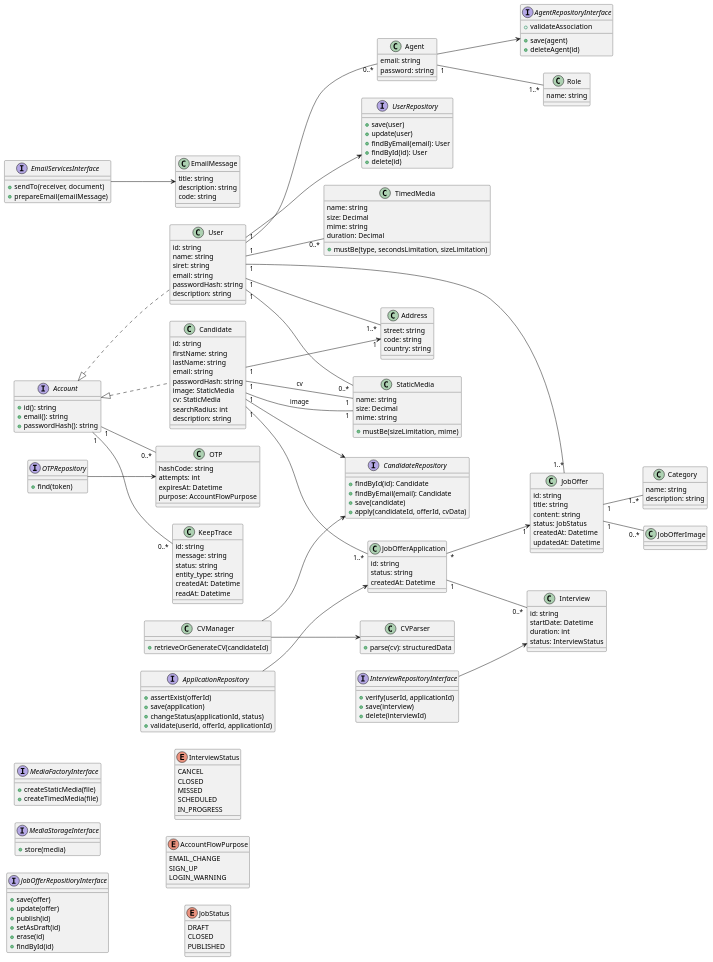
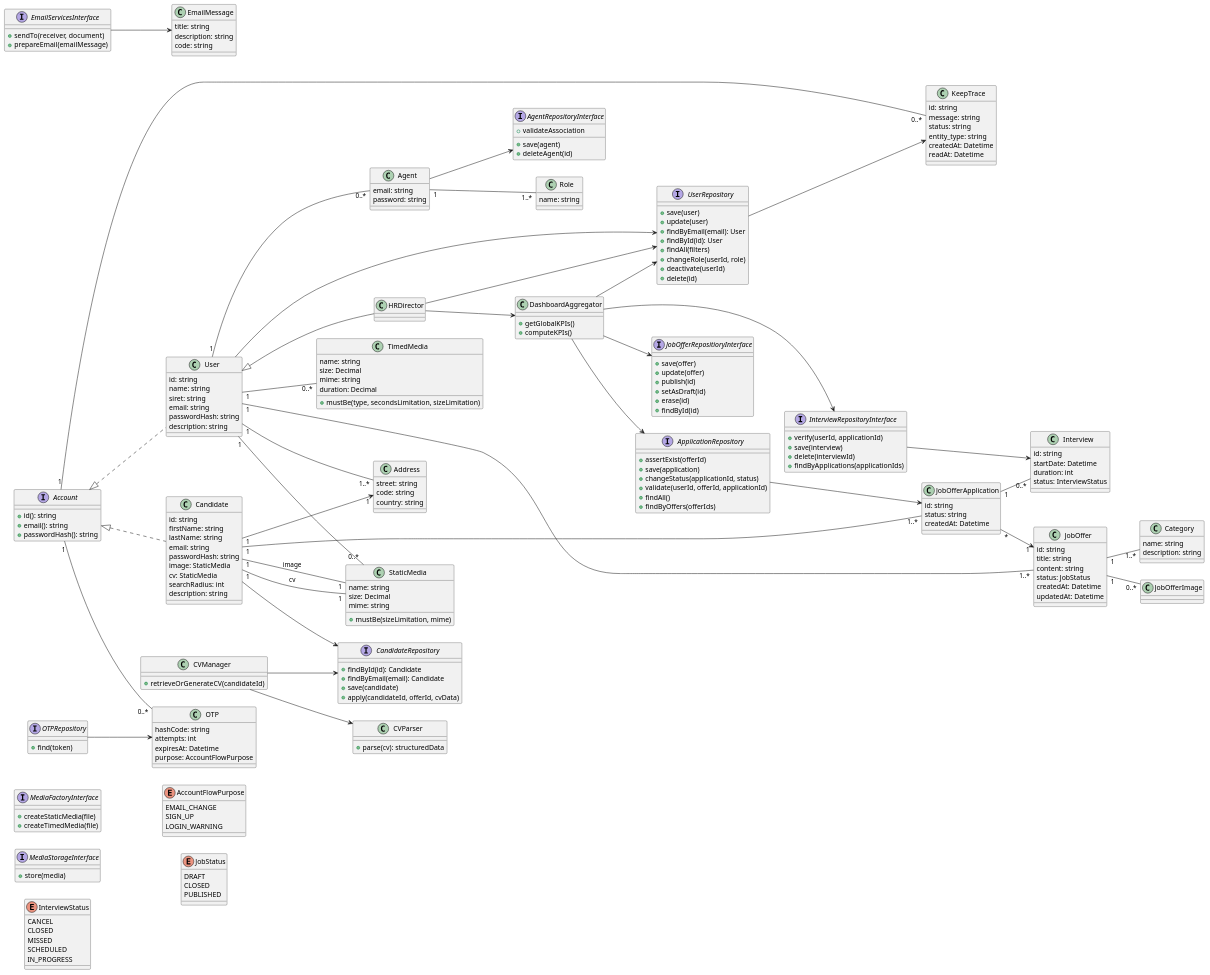
One commit to Spriggan-Team/HiringForge changed the diagram in ressources/modeling/diagramme-class.puml. Above: the diagram before and after it, drawn with PlantUML. The commit also changed 1 other file, not shown here.

```diff
--- a/ressources/modeling/diagramme-class.puml
+++ b/ressources/modeling/diagramme-class.puml
@@ -37,6 +37,15 @@
 Account <|.. Candidate
 
 '========================
+' HR DIRECTOR (ROLE BASED)
+'========================
+
+class HRDirector {
+}
+
+User <|-- HRDirector
+
+'========================
 ' REPOSITORIES
 '========================
 
@@ -45,6 +54,9 @@
     + update(user)
     + findByEmail(email): User
     + findById(id): User
+    + findAll(filters)
+    + changeRole(userId, role)
+    + deactivate(userId)
     + delete(id)
 }
 
@@ -72,7 +84,7 @@
 Candidate "1" --> "1" Address
 
 '========================
-' MEDIA (Aligned with sequences)
+' MEDIA
 '========================
 
 class StaticMedia{
@@ -148,11 +160,13 @@
     createdAt: Datetime
 }
 
-interface ApplicationRepository{
+interface ApplicationRepository {
     + assertExist(offerId)
     + save(application)
     + changeStatus(applicationId, status)
     + validate(userId, offerId, applicationId)
+    + findAll()
+    + findByOffers(offerIds)
 }
 
 Candidate "1" -- "1..*" JobOfferApplication
@@ -160,7 +174,7 @@
 ApplicationRepository --> JobOfferApplication
 
 '========================
-' CV MANAGEMENT (important)
+' CV MANAGEMENT
 '========================
 
 class CVParser{
@@ -189,6 +203,7 @@
     + verify(userId, applicationId)
     + save(interview)
     + delete(interviewId)
+    + findByApplications(applicationIds)
 }
 
 JobOfferApplication "1" -- "0..*" Interview
@@ -280,6 +295,7 @@
 }
 
 Account "1" -- "0..*" KeepTrace
+UserRepository --> KeepTrace
 
 '========================
 ' ENUM
@@ -291,4 +307,25 @@
     PUBLISHED
 }
 
+'========================
+' DASHBOARD (EXISTING LOGIC ONLY)
+'========================
+
+class DashboardAggregator {
+    + getGlobalKPIs()
+    + computeKPIs()
+}
+
+DashboardAggregator --> UserRepository
+DashboardAggregator --> JobOfferRepositioryInterface
+DashboardAggregator --> ApplicationRepository
+DashboardAggregator --> InterviewRepositoryInterface
+
+'========================
+' RELATION RH CONTROL
+'========================
+
+HRDirector --> UserRepository
+HRDirector --> DashboardAggregator
+
 @enduml
```
